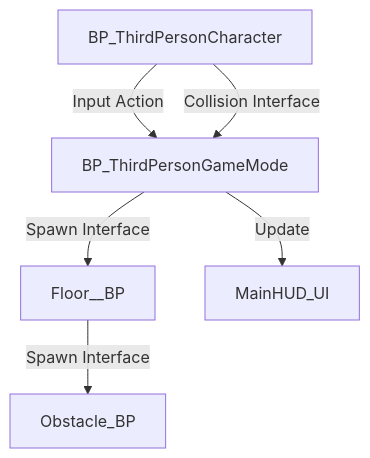
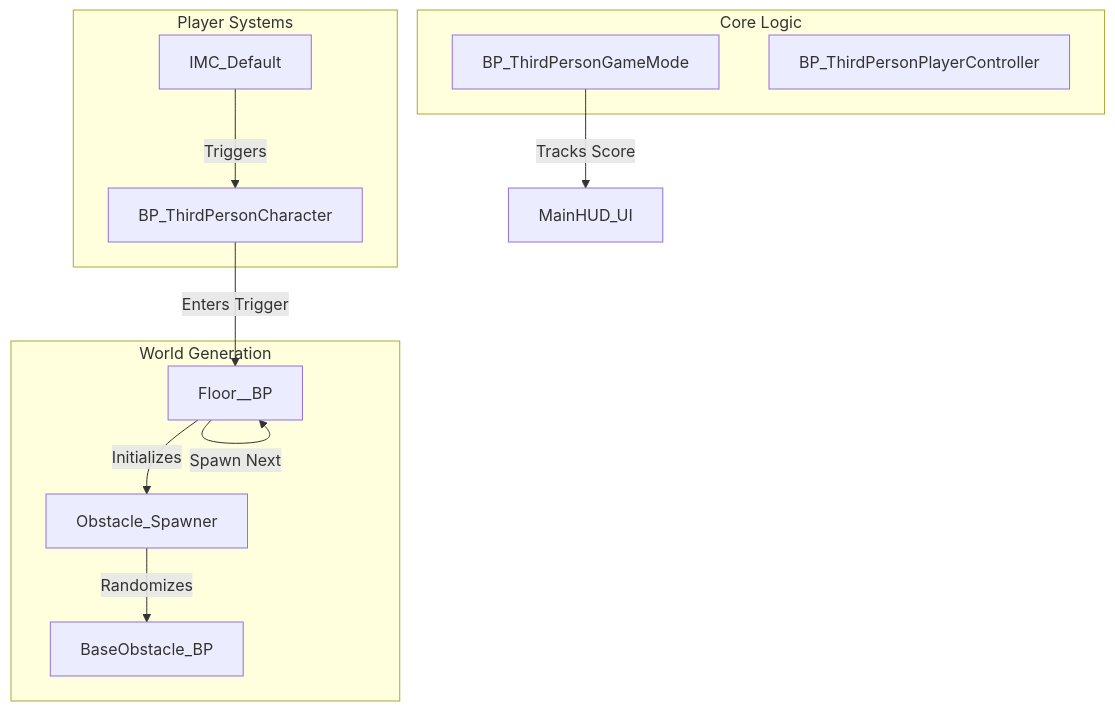
One commit to Ares19v/EndlessRunner-UE5 changed the diagram in README.md. Above: the diagram before and after it, drawn with Mermaid. The commit also changed other lines of this file, not shown here.

````diff
--- a/README.md
+++ b/README.md
@@ -62,8 +44,25 @@
 ```mermaid
 graph TD
-    GM[BP_ThirdPersonGameMode] -->|Spawn Interface| F[Floor__BP]
-    P[BP_ThirdPersonCharacter] -->|Input Action| GM
-    F -->|Spawn Interface| O[Obstacle_BP]
-    P -->|Collision Interface| GM
-    GM -->|Update| HUD[MainHUD_UI]
+    subgraph Core Logic
+        GM[BP_ThirdPersonGameMode]
+        PC[BP_ThirdPersonPlayerController]
+    end
+
+    subgraph World Generation
+        F[Floor__BP]
+        S[Obstacle_Spawner]
+        O[BaseObstacle_BP]
+    end
+
+    subgraph Player Systems
+        Char[BP_ThirdPersonCharacter]
+        Input[IMC_Default]
+    end
+
+    Input -->|Triggers| Char
+    Char -->|Enters Trigger| F
+    F -->|Spawn Next| F
+    GM -->|Tracks Score| HUD[MainHUD_UI]
+    F -->|Initializes| S
+    S -->|Randomizes| O
 ```
````
